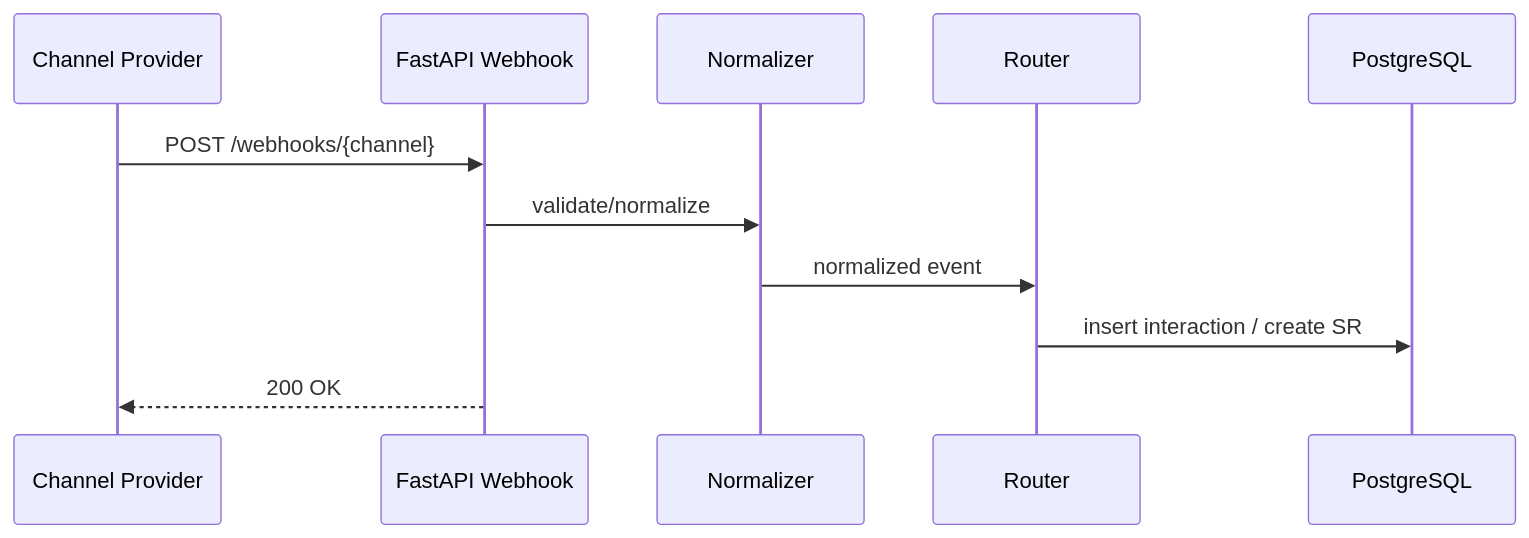
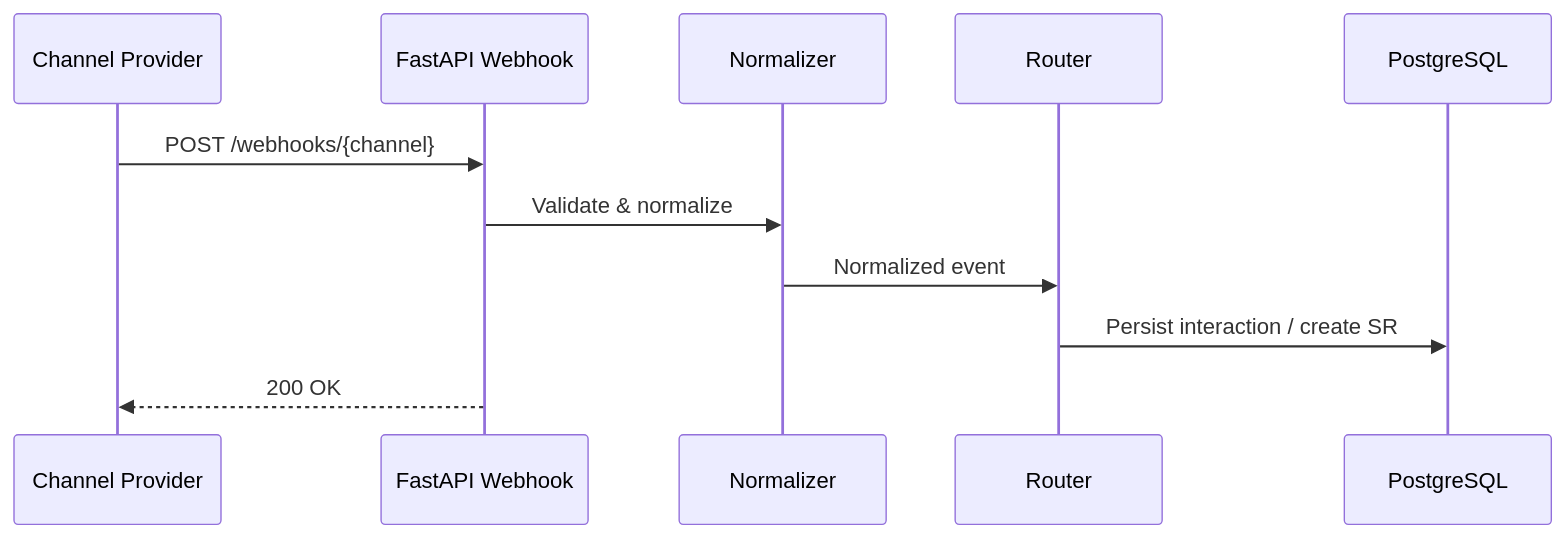
One commit to kavia-common/secure-crm-platform-40906-40915 changed the sixth of 12 diagrams in kavia-docs/Architecture_Master.md. Above: the diagram before and after it, drawn with Mermaid. The commit also changed other lines of this file and 39 other files, not shown here.

````diff
--- a/kavia-docs/Architecture_Master.md
+++ b/kavia-docs/Architecture_Master.md
@@ -178,13 +171,13 @@
 ```mermaid
 sequenceDiagram
     participant Ext as Channel Provider
     participant API as FastAPI Webhook
     participant N as Normalizer
     participant R as Router
     participant DB as PostgreSQL
     Ext->>API: POST /webhooks/{channel}
-    API->>N: validate/normalize
-    N->>R: normalized event
-    R->>DB: insert interaction / create SR
+    API->>N: Validate & normalize
+    N->>R: Normalized event
+    R->>DB: Persist interaction / create SR
     API-->>Ext: 200 OK
 ```
````
